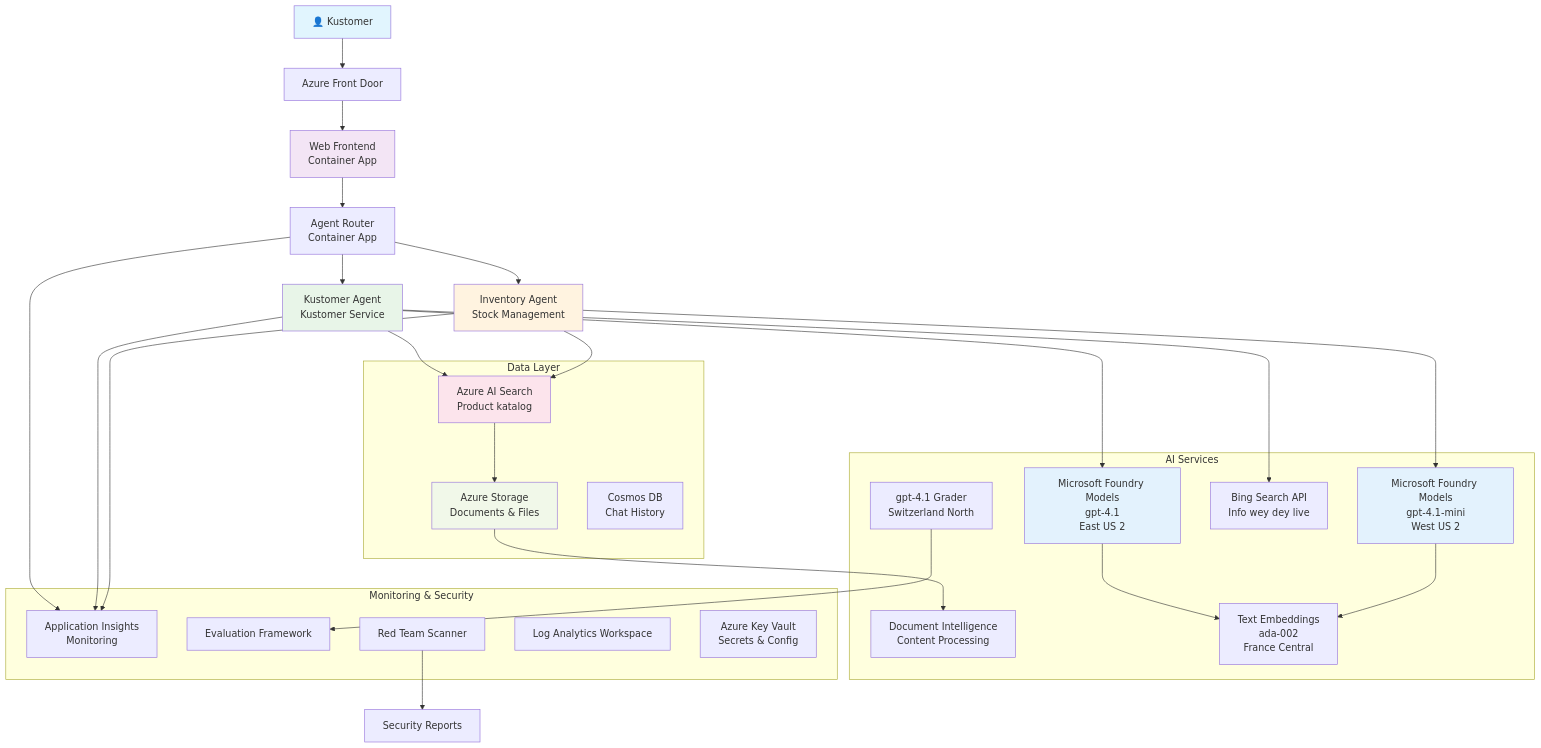
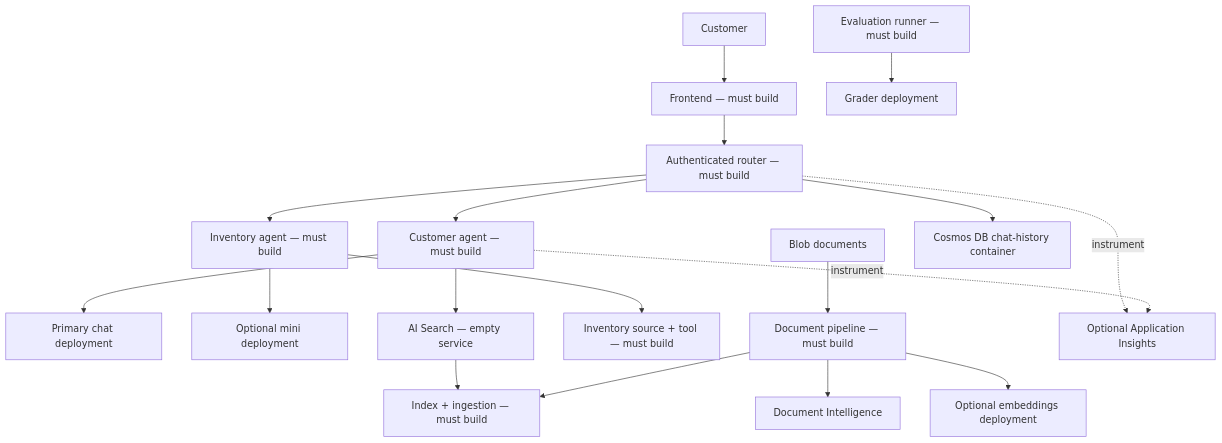
One commit to microsoft/AZD-for-beginners changed the diagram in translations/pcm/examples/retail-scenario.md. Above: the diagram before and after it, drawn with Mermaid. The commit also changed other lines of this file and 135 other files, not shown here.

````diff
--- a/translations/pcm/examples/retail-scenario.md
+++ b/translations/pcm/examples/retail-scenario.md
@@ -139,61 +40,20 @@
 ```mermaid
-graph TB
-    User[👤 Kustomer] --> LB[Azure Front Door]
-    LB --> WebApp[Web Frontend<br/>Container App]
-    
-    WebApp --> Router[Agent Router<br/>Container App]
-    Router --> CustomerAgent[Kustomer Agent<br/>Kustomer Service]
-    Router --> InvAgent[Inventory Agent<br/>Stock Management]
-    
-    CustomerAgent --> OpenAI1[Microsoft Foundry Models<br/>gpt-4.1<br/>East US 2]
-    InvAgent --> OpenAI2[Microsoft Foundry Models<br/>gpt-4.1-mini<br/>West US 2]
-    
-    CustomerAgent --> AISearch[Azure AI Search<br/>Product katalog]
-    CustomerAgent --> BingSearch[Bing Search API<br/>Info wey dey live]
-    InvAgent --> AISearch
-    
-    AISearch --> Storage[Azure Storage<br/>Documents & Files]
-    Storage --> DocIntel[Document Intelligence<br/>Content Processing]
-    
-    OpenAI1 --> Embeddings[Text Embeddings<br/>ada-002<br/>France Central]
-    OpenAI2 --> Embeddings
-    
-    Router --> AppInsights[Application Insights<br/>Monitoring]
-    CustomerAgent --> AppInsights
-    InvAgent --> AppInsights
-    
-    GraderModel[gpt-4.1 Grader<br/>Switzerland North] --> Evaluation[Evaluation Framework]
-    RedTeam[Red Team Scanner] --> SecurityReports[Security Reports]
-    
-    subgraph "Data Layer"
-        Storage
-        AISearch
-        CosmosDB[Cosmos DB<br/>Chat History]
-    end
-    
-    subgraph "AI Services"
-        OpenAI1
-        OpenAI2
-        Embeddings
-        GraderModel
-        DocIntel
-        BingSearch
-    end
-    
-    subgraph "Monitoring & Security"
-        AppInsights
-        LogAnalytics[Log Analytics Workspace]
-        KeyVault[Azure Key Vault<br/>Secrets & Config]
-        RedTeam
-        Evaluation
-    end
-    
-    style User fill:#e1f5fe
-    style WebApp fill:#f3e5f5
-    style CustomerAgent fill:#e8f5e8
-    style InvAgent fill:#fff3e0
-    style OpenAI1 fill:#e3f2fd
-    style OpenAI2 fill:#e3f2fd
-    style AISearch fill:#fce4ec
-    style Storage fill:#f1f8e9
+flowchart TB
+    User[Customer] --> Frontend[Frontend — must build]
+    Frontend --> Router[Authenticated router — must build]
+    Router --> Customer[Customer agent — must build]
+    Router --> Inventory[Inventory agent — must build]
+    Customer --> Chat[Primary chat deployment]
+    Inventory --> Mini[Optional mini deployment]
+    Customer --> Search[AI Search — empty service]
+    Inventory --> Stock[Inventory source + tool — must build]
+    Search --> Index[Index + ingestion — must build]
+    Blob[Blob documents] --> Processor[Document pipeline — must build]
+    Processor --> DocAI[Document Intelligence]
+    Processor --> Embeddings[Optional embeddings deployment]
+    Processor --> Index
+    Router --> Cosmos[Cosmos DB chat-history container]
+    Router -. instrument .-> Insights[Optional Application Insights]
+    Customer -. instrument .-> Insights
+    Eval[Evaluation runner — must build] --> Grader[Grader deployment]
 ```
````
